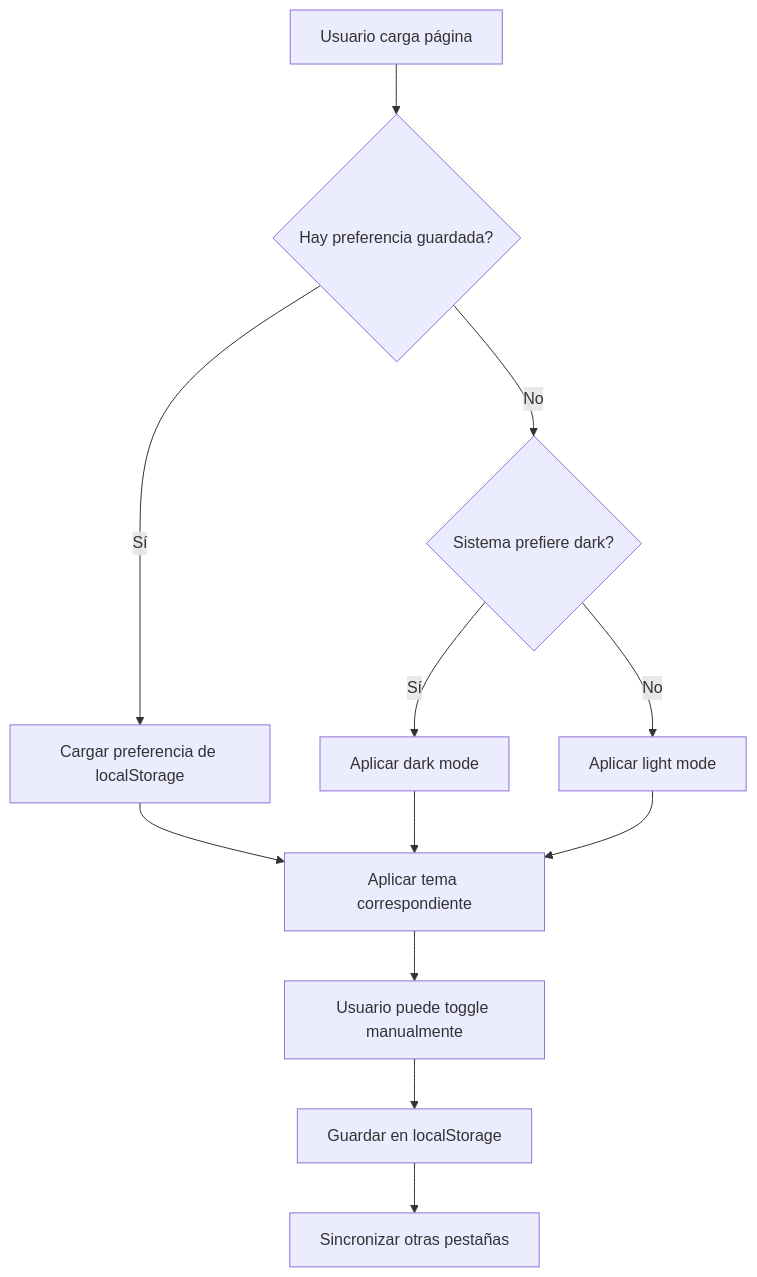
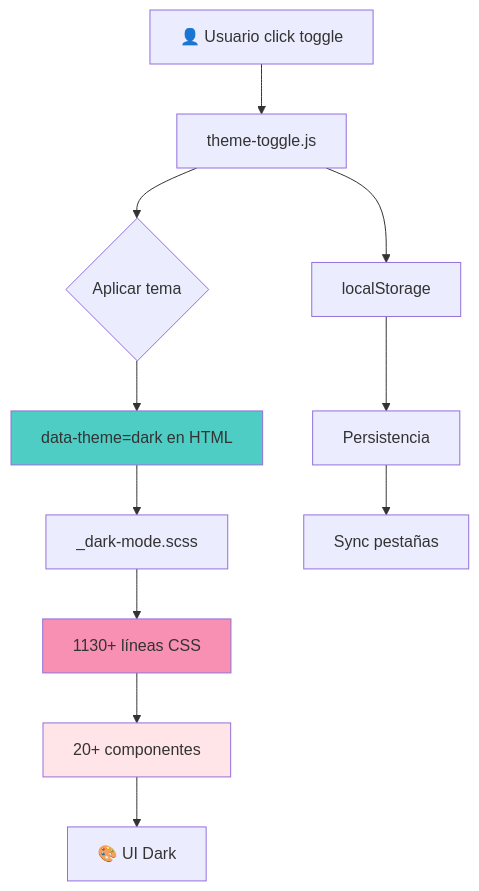
Before and after one commit to xavitamarit74-code/JAVIERTAMARITWEB_PRO_OSCURO: the first of 2 diagrams in src/docs/dark-mode.md, drawn with Mermaid. The commit also changed other lines of this file, not shown here.

````diff
--- a/src/docs/dark-mode.md
+++ b/src/docs/dark-mode.md
@@ -35,14 +47,18 @@
 ```mermaid
 graph TD
-    A[Usuario carga página] --> B{Hay preferencia guardada?}
-    B -->|Sí| C[Cargar preferencia de localStorage]
-    B -->|No| D{Sistema prefiere dark?}
-    D -->|Sí| E[Aplicar dark mode]
-    D -->|No| F[Aplicar light mode]
-    C --> G[Aplicar tema correspondiente]
-    E --> G
-    F --> G
-    G --> H[Usuario puede toggle manualmente]
-    H --> I[Guardar en localStorage]
-    I --> J[Sincronizar otras pestañas]
+    A[👤 Usuario click toggle] --> B[theme-toggle.js]
+    B --> C{Aplicar tema}
+    C --> D[data-theme=dark en HTML]
+    D --> E[_dark-mode.scss]
+    E --> F[1130+ líneas CSS]
+    F --> G[20+ componentes]
+    G --> H[🎨 UI Dark]
+    
+    B --> I[localStorage]
+    I --> J[Persistencia]
+    J --> K[Sync pestañas]
+    
+    style D fill:#4ECDC4
+    style F fill:#f790b2
+    style G fill:#FFE4E8
 ```
````
